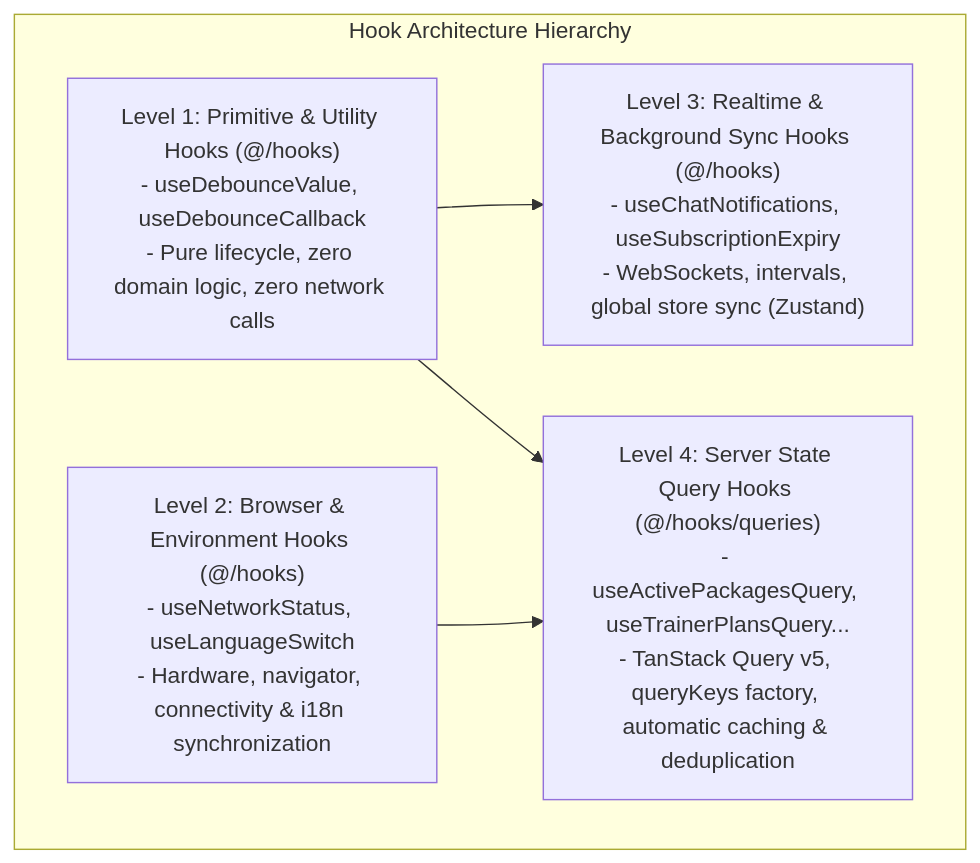
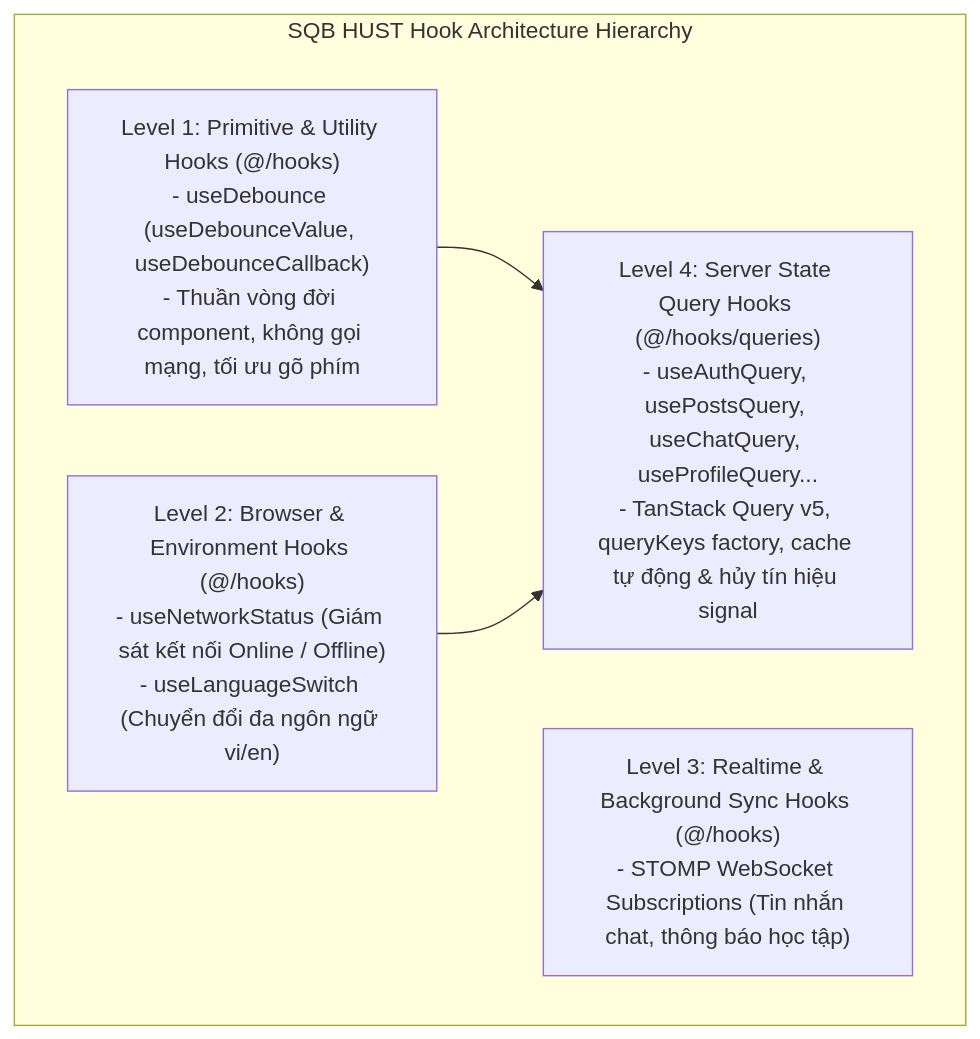
One commit to lethanhan01/Social-network-for-student-Generated-Question-Bank changed the first of 2 diagrams in src/hooks/README.md. Above: the diagram before and after it, drawn with Mermaid. The commit also changed other lines of this file and 6 other files, not shown here.

````diff
--- a/src/hooks/README.md
+++ b/src/hooks/README.md
@@ -28,12 +33,11 @@
 ```mermaid
 graph TD
-    subgraph "Hook Architecture Hierarchy"
-        L1["Level 1: Primitive & Utility Hooks (@/hooks)<br/>- useDebounceValue, useDebounceCallback<br/>- Pure lifecycle, zero domain logic, zero network calls"]
-        L2["Level 2: Browser & Environment Hooks (@/hooks)<br/>- useNetworkStatus, useLanguageSwitch<br/>- Hardware, navigator, connectivity & i18n synchronization"]
-        L3["Level 3: Realtime & Background Sync Hooks (@/hooks)<br/>- useChatNotifications, useSubscriptionExpiry<br/>- WebSockets, intervals, global store sync (Zustand)"]
-        L4["Level 4: Server State Query Hooks (@/hooks/queries)<br/>- useActivePackagesQuery, useTrainerPlansQuery...<br/>- TanStack Query v5, queryKeys factory, automatic caching & deduplication"]
+    subgraph "SQB HUST Hook Architecture Hierarchy"
+        L1["Level 1: Primitive & Utility Hooks (@/hooks)<br/>- useDebounce (useDebounceValue, useDebounceCallback)<br/>- Thuần vòng đời component, không gọi mạng, tối ưu gõ phím"]
+        L2["Level 2: Browser & Environment Hooks (@/hooks)<br/>- useNetworkStatus (Giám sát kết nối Online / Offline)<br/>- useLanguageSwitch (Chuyển đổi đa ngôn ngữ vi/en)"]
+        L3["Level 3: Realtime & Background Sync Hooks (@/hooks)<br/>- STOMP WebSocket Subscriptions (Tin nhắn chat, thông báo học tập)"]
+        L4["Level 4: Server State Query Hooks (@/hooks/queries)<br/>- useAuthQuery, usePostsQuery, useChatQuery, useProfileQuery...<br/>- TanStack Query v5, queryKeys factory, cache tự động & hủy tín hiệu signal"]
     end
-    L1 --> L3
     L1 --> L4
     L2 --> L4
 ```
````
